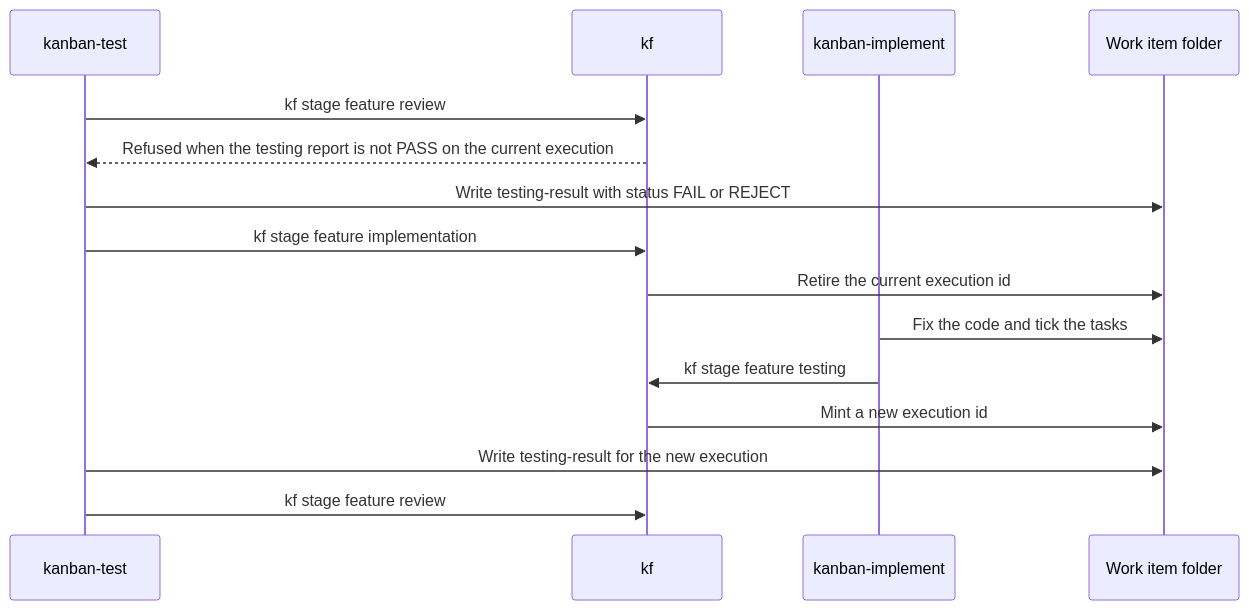
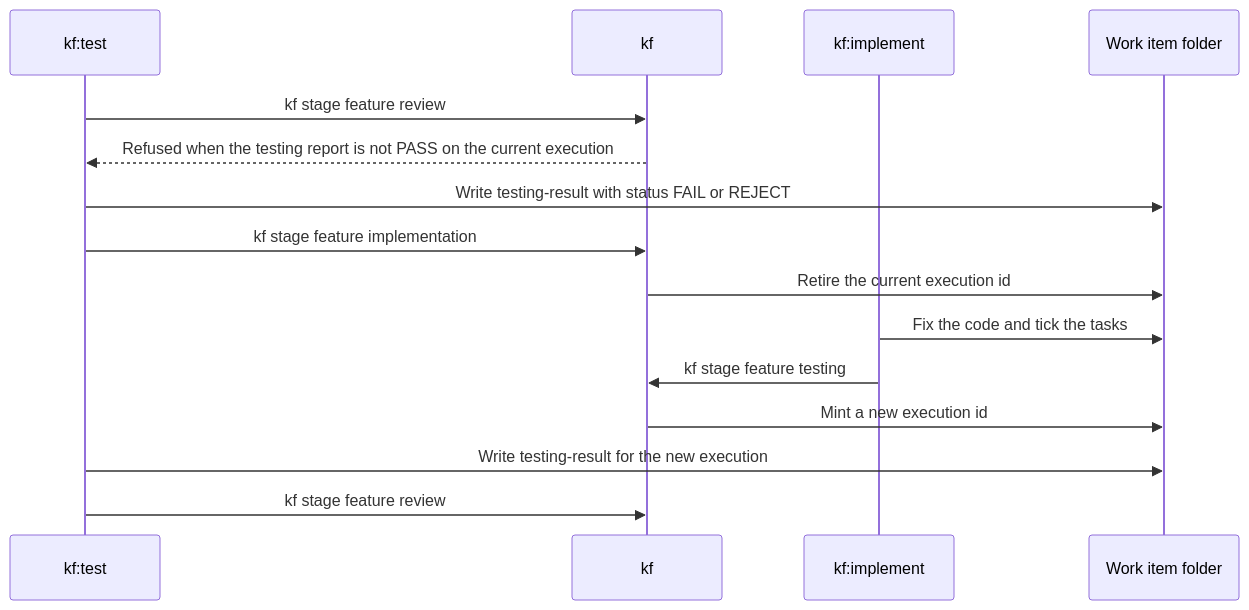
One commit to phuthuycoding/kanban-flow changed the third of 3 diagrams in docs/workflow/lifecycle.md. Above: the diagram before and after it, drawn with Mermaid. The commit also changed 128 other files, not shown here.

````diff
--- a/docs/workflow/lifecycle.md
+++ b/docs/workflow/lifecycle.md
@@ -111,18 +111,18 @@
 ```mermaid
 sequenceDiagram
-    participant Test as kanban-test
+    participant Test as kf:test
     participant CLI as kf
-    participant Impl as kanban-implement
+    participant Impl as kf:implement
     participant FS as Work item folder
 
     Test->>CLI: kf stage feature review
     CLI-->>Test: Refused when the testing report is not PASS on the current execution
     Test->>FS: Write testing-result with status FAIL or REJECT
     Test->>CLI: kf stage feature implementation
     CLI->>FS: Retire the current execution id
     Impl->>FS: Fix the code and tick the tasks
     Impl->>CLI: kf stage feature testing
     CLI->>FS: Mint a new execution id
     Test->>FS: Write testing-result for the new execution
     Test->>CLI: kf stage feature review
 ```
````
